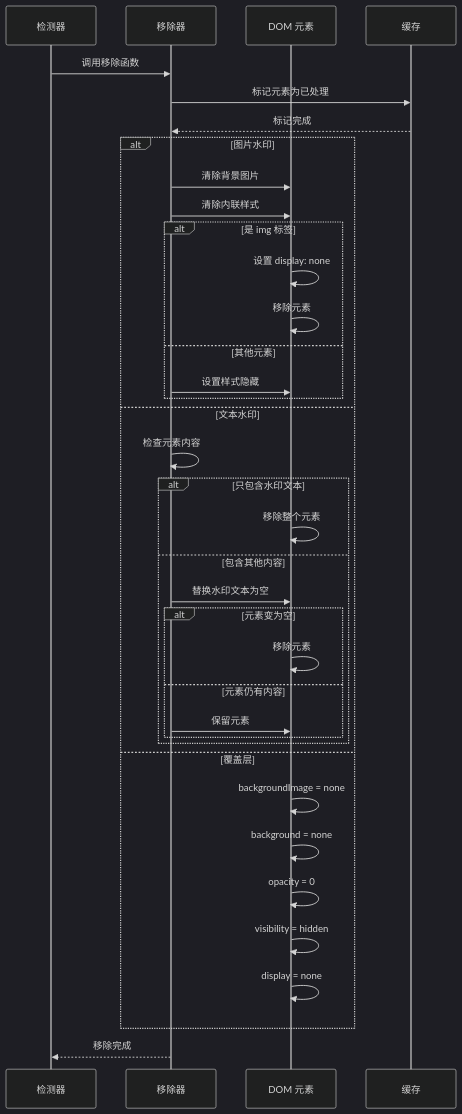
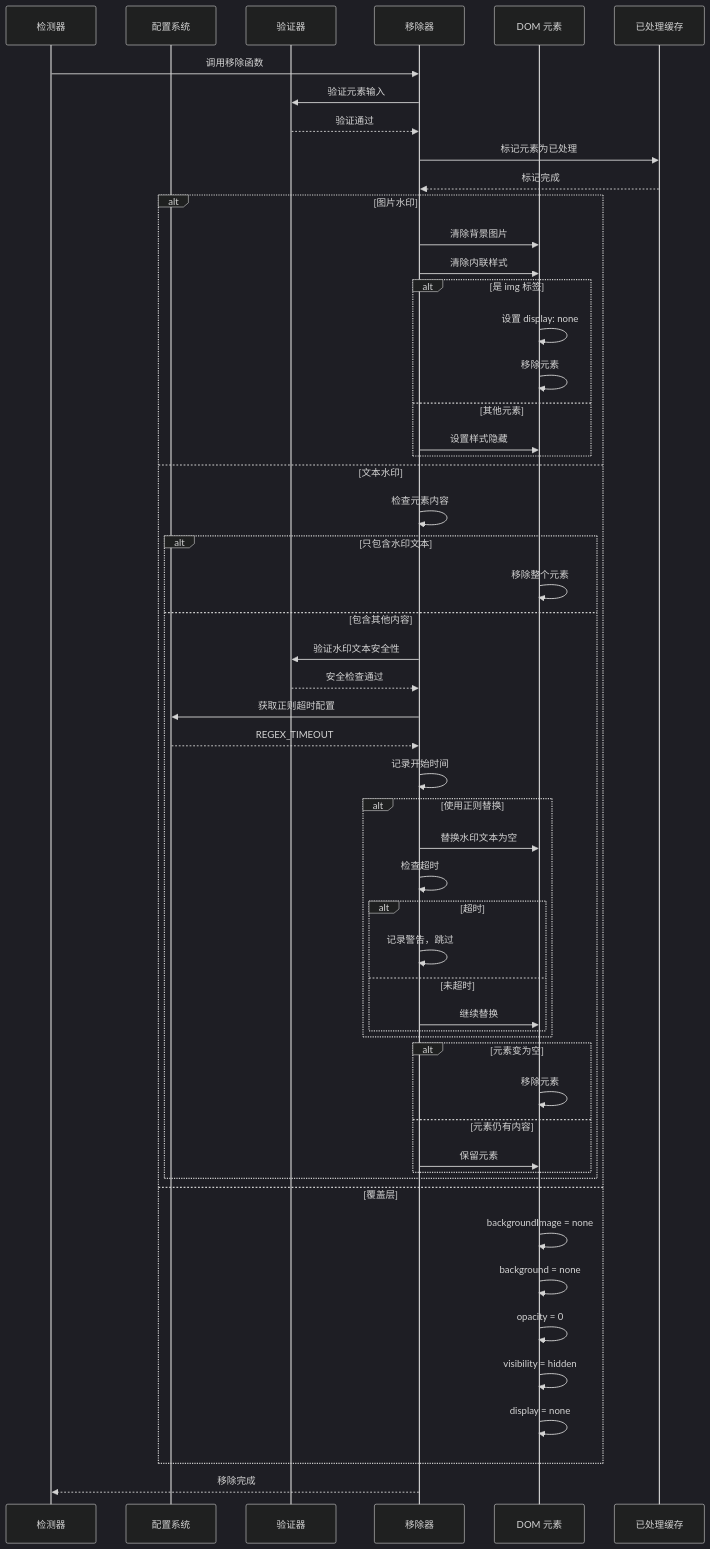
Before and after one commit to wang93wei/Xiaomi-MiMo-Studio-Watermark-Remover: the fourth of 11 diagrams in SEQUENCE_DIAGRAMS.md, drawn with Mermaid (dark theme). The commit also changed other lines of this file, not shown here.

First line of the commit message:
更新时序图文档到 v1.3.5

````diff
--- a/SEQUENCE_DIAGRAMS.md
+++ b/SEQUENCE_DIAGRAMS.md
@@ -147,47 +224,68 @@
 ```mermaid
 sequenceDiagram
     participant Detector as 检测器
+    participant Config as 配置系统
+    participant Validator as 验证器
     participant Remover as 移除器
     participant Element as DOM 元素
-    participant Cache as 缓存
+    participant ProcessedCache as 已处理缓存
 
     Detector->>Remover: 调用移除函数
-    Remover->>Cache: 标记元素为已处理
-    Cache-->>Remover: 标记完成
-    
+    Remover->>Validator: 验证元素输入
+    Validator-->>Remover: 验证通过
+    Remover->>ProcessedCache: 标记元素为已处理
+    ProcessedCache-->>Remover: 标记完成
+
     alt 图片水印
         Remover->>Element: 清除背景图片
         Remover->>Element: 清除内联样式
-        
+
         alt 是 img 标签
             Element->>Element: 设置 display: none
             Element->>Element: 移除元素
         else 其他元素
             Remover->>Element: 设置样式隐藏
         end
-        
+
     else 文本水印
         Remover->>Remover: 检查元素内容
-        
+
         alt 只包含水印文本
             Element->>Element: 移除整个元素
         else 包含其他内容
-            Remover->>Element: 替换水印文本为空
-            
+            Remover->>Validator: 验证水印文本安全性
+            Validator-->>Remover: 安全检查通过
+
+            Remover->>Config: 获取正则超时配置
+            Config-->>Remover: REGEX_TIMEOUT
+
+            Remover->>Remover: 记录开始时间
+
+            alt 使用正则替换
+                Remover->>Element: 替换水印文本为空
+                Remover->>Remover: 检查超时
+
+                alt 超时
+                    Remover->>Remover: 记录警告，跳过
+                else 未超时
+                    Remover->>Element: 继续替换
+                end
+            end
+
             alt 元素变为空
                 Element->>Element: 移除元素
             else 元素仍有内容
                 Remover->>Element: 保留元素
             end
         end
-        
+
     else 覆盖层
         Element->>Element: backgroundImage = none
         Element->>Element: background = none
         Element->>Element: opacity = 0
         Element->>Element: visibility = hidden
         Element->>Element: display = none
     end
-    
+
     Remover-->>Detector: 移除完成
 ```
````
